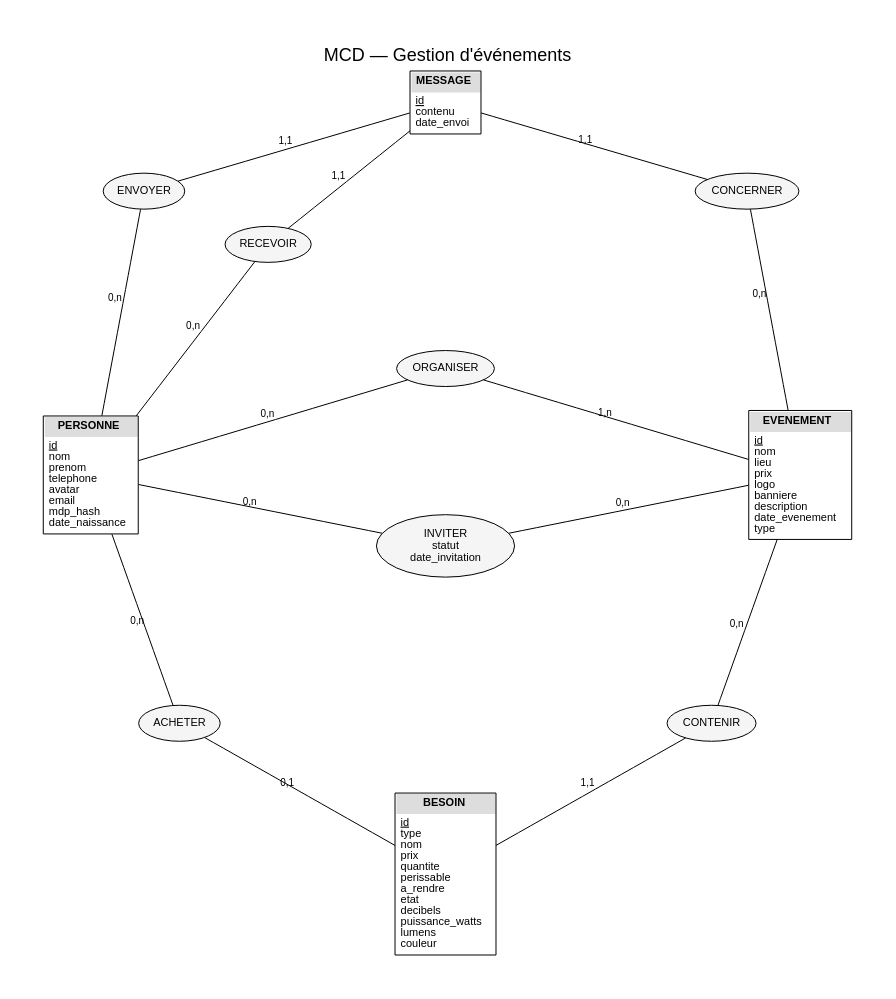
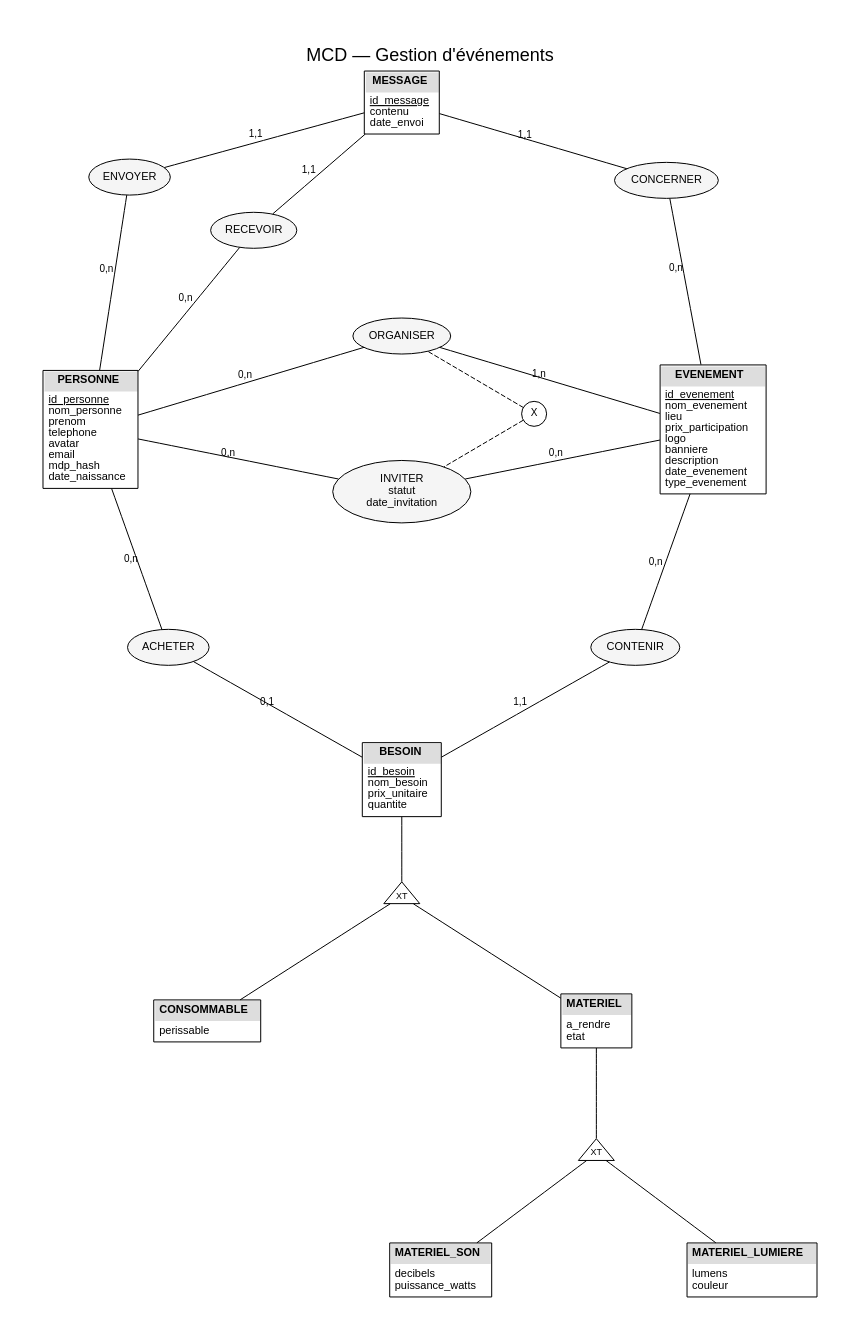
Before and after one commit to Tactiis239/gestion-event: the diagram in bdd/mcd.dot, drawn with Graphviz. The commit also changed 16 other files, not shown here.

```diff
--- a/bdd/mcd.dot
+++ b/bdd/mcd.dot
@@ -1,61 +1,103 @@
 // MCD (Merise) de la gestion d'événements.
 // Régénérer l'image depuis la racine du projet : dot -Tpng -Gdpi=110 bdd/mcd.dot -o bdd/mcd.png
 graph MCD {
     graph [layout=neato, overlap=false, splines=true, sep="+20", fontname="Helvetica", pad=0.5,
            label="MCD — Gestion d'événements", labelloc=t, fontsize=18];
     node  [fontname="Helvetica", fontsize=11];
     edge  [fontname="Helvetica", fontsize=10];
 
     // ---------------------------------------------------------------- entités
     node [shape=plain];
     PERSONNE [pos="0,4!", label=<
       <table border="1" cellborder="0" cellspacing="0" cellpadding="4">
         <tr><td bgcolor="#dddddd"><b>PERSONNE</b></td></tr>
-        <tr><td align="left"><u>id</u><br align="left"/>nom<br align="left"/>prenom<br align="left"/>telephone<br align="left"/>avatar<br align="left"/>email<br align="left"/>mdp_hash<br align="left"/>date_naissance<br align="left"/></td></tr>
+        <tr><td align="left"><u>id_personne</u><br align="left"/>nom_personne<br align="left"/>prenom<br align="left"/>telephone<br align="left"/>avatar<br align="left"/>email<br align="left"/>mdp_hash<br align="left"/>date_naissance<br align="left"/></td></tr>
       </table>>];
     EVENEMENT [pos="8,4!", label=<
       <table border="1" cellborder="0" cellspacing="0" cellpadding="4">
         <tr><td bgcolor="#dddddd"><b>EVENEMENT</b></td></tr>
-        <tr><td align="left"><u>id</u><br align="left"/>nom<br align="left"/>lieu<br align="left"/>prix<br align="left"/>logo<br align="left"/>banniere<br align="left"/>description<br align="left"/>date_evenement<br align="left"/>type<br align="left"/></td></tr>
+        <tr><td align="left"><u>id_evenement</u><br align="left"/>nom_evenement<br align="left"/>lieu<br align="left"/>prix_participation<br align="left"/>logo<br align="left"/>banniere<br align="left"/>description<br align="left"/>date_evenement<br align="left"/>type_evenement<br align="left"/></td></tr>
       </table>>];
     BESOIN [pos="4,-0.5!", label=<
       <table border="1" cellborder="0" cellspacing="0" cellpadding="4">
         <tr><td bgcolor="#dddddd"><b>BESOIN</b></td></tr>
-        <tr><td align="left"><u>id</u><br align="left"/>type<br align="left"/>nom<br align="left"/>prix<br align="left"/>quantite<br align="left"/>perissable<br align="left"/>a_rendre<br align="left"/>etat<br align="left"/>decibels<br align="left"/>puissance_watts<br align="left"/>lumens<br align="left"/>couleur<br align="left"/></td></tr>
+        <tr><td align="left"><u>id_besoin</u><br align="left"/>nom_besoin<br align="left"/>prix_unitaire<br align="left"/>quantite<br align="left"/></td></tr>
       </table>>];
+
+    // Spécialisation de BESOIN : chaque sous-type n'a que ses propres attributs.
+    // La table unique « besoin » (colonne type) est un choix du MLD, pas du MCD.
+    CONSOMMABLE [pos="1.5,-3.6!", label=<
+      <table border="1" cellborder="0" cellspacing="0" cellpadding="4">
+        <tr><td bgcolor="#dddddd"><b>CONSOMMABLE</b></td></tr>
+        <tr><td align="left">perissable<br align="left"/></td></tr>
+      </table>>];
+    MATERIEL [pos="6.5,-3.6!", label=<
+      <table border="1" cellborder="0" cellspacing="0" cellpadding="4">
+        <tr><td bgcolor="#dddddd"><b>MATERIEL</b></td></tr>
+        <tr><td align="left">a_rendre<br align="left"/>etat<br align="left"/></td></tr>
+      </table>>];
+    MATERIEL_SON [pos="4.5,-6.8!", label=<
+      <table border="1" cellborder="0" cellspacing="0" cellpadding="4">
+        <tr><td bgcolor="#dddddd"><b>MATERIEL_SON</b></td></tr>
+        <tr><td align="left">decibels<br align="left"/>puissance_watts<br align="left"/></td></tr>
+      </table>>];
+    MATERIEL_LUMIERE [pos="8.5,-6.8!", label=<
+      <table border="1" cellborder="0" cellspacing="0" cellpadding="4">
+        <tr><td bgcolor="#dddddd"><b>MATERIEL_LUMIERE</b></td></tr>
+        <tr><td align="left">lumens<br align="left"/>couleur<br align="left"/></td></tr>
+      </table>>];
+
+    // Contrainte de partition (XT) : un besoin est exactement d'un sous-type
+    SPEC_BESOIN   [pos="4,-2!",     label="XT", shape=triangle, width=0.5, height=0.4, fontsize=9, fixedsize=true];
+    SPEC_MATERIEL [pos="6.5,-5.3!", label="XT", shape=triangle, width=0.5, height=0.4, fontsize=9, fixedsize=true];
     MESSAGE [pos="4,8.2!", label=<
       <table border="1" cellborder="0" cellspacing="0" cellpadding="4">
         <tr><td bgcolor="#dddddd"><b>MESSAGE</b></td></tr>
-        <tr><td align="left"><u>id</u><br align="left"/>contenu<br align="left"/>date_envoi<br align="left"/></td></tr>
+        <tr><td align="left"><u>id_message</u><br align="left"/>contenu<br align="left"/>date_envoi<br align="left"/></td></tr>
       </table>>];
 
     // ---------------------------------------------------------------- associations
     node [shape=ellipse, style=filled, fillcolor="#f5f5f5"];
     ORGANISER [pos="4,5.2!",  label="ORGANISER"];
     INVITER   [pos="4,3.2!",  label="INVITER\nstatut\ndate_invitation"];
     ACHETER   [pos="1,1.2!",  label="ACHETER"];
     CONTENIR  [pos="7,1.2!",  label="CONTENIR"];
     ENVOYER   [pos="0.6,7.2!", label="ENVOYER"];
     RECEVOIR  [pos="2,6.6!",  label="RECEVOIR"];
     CONCERNER [pos="7.4,7.2!", label="CONCERNER"];
+
+    // Contrainte d'exclusion : pour un même événement, une personne est
+    // organisatrice OU invitée, jamais les deux
+    EXCLUSION [pos="5.7,4.2!", label="X", shape=circle, style=solid, width=0.35, fixedsize=true, fontsize=10];
 
     // ---------------------------------------------------------------- cardinalités
     PERSONNE  -- ORGANISER [label="0,n"];
     ORGANISER -- EVENEMENT [label="1,n"];
 
     PERSONNE  -- INVITER   [label="0,n"];
     INVITER   -- EVENEMENT [label="0,n"];
 
     PERSONNE  -- ACHETER   [label="0,n"];
     ACHETER   -- BESOIN    [label="0,1"];
 
     EVENEMENT -- CONTENIR  [label="0,n"];
     CONTENIR  -- BESOIN    [label="1,1"];
 
     PERSONNE  -- ENVOYER   [label="0,n"];
     ENVOYER   -- MESSAGE   [label="1,1"];
     PERSONNE  -- RECEVOIR  [label="0,n"];
     RECEVOIR  -- MESSAGE   [label="1,1"];
     EVENEMENT -- CONCERNER [label="0,n"];
     CONCERNER -- MESSAGE   [label="1,1"];
+
+    EXCLUSION -- ORGANISER [style=dashed];
+    EXCLUSION -- INVITER   [style=dashed];
+
+    // ---------------------------------------------------------------- spécialisations
+    BESOIN        -- SPEC_BESOIN;
+    SPEC_BESOIN   -- CONSOMMABLE;
+    SPEC_BESOIN   -- MATERIEL;
+    MATERIEL      -- SPEC_MATERIEL;
+    SPEC_MATERIEL -- MATERIEL_SON;
+    SPEC_MATERIEL -- MATERIEL_LUMIERE;
 }
```
